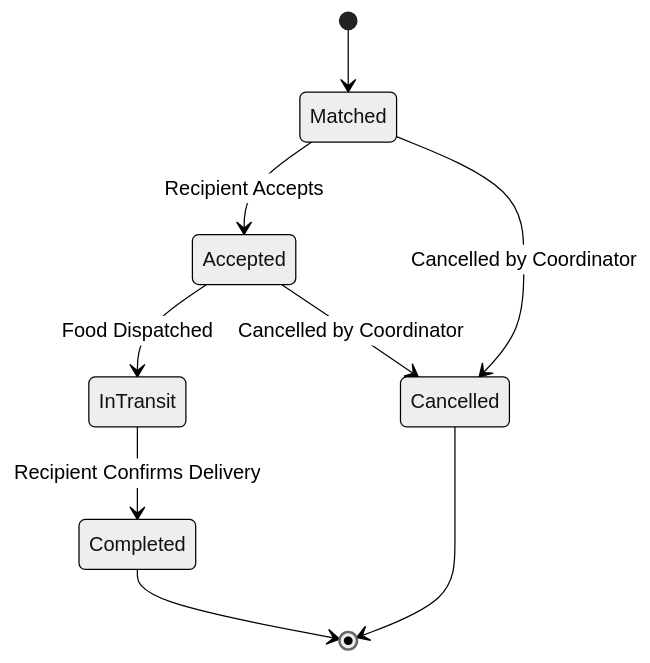
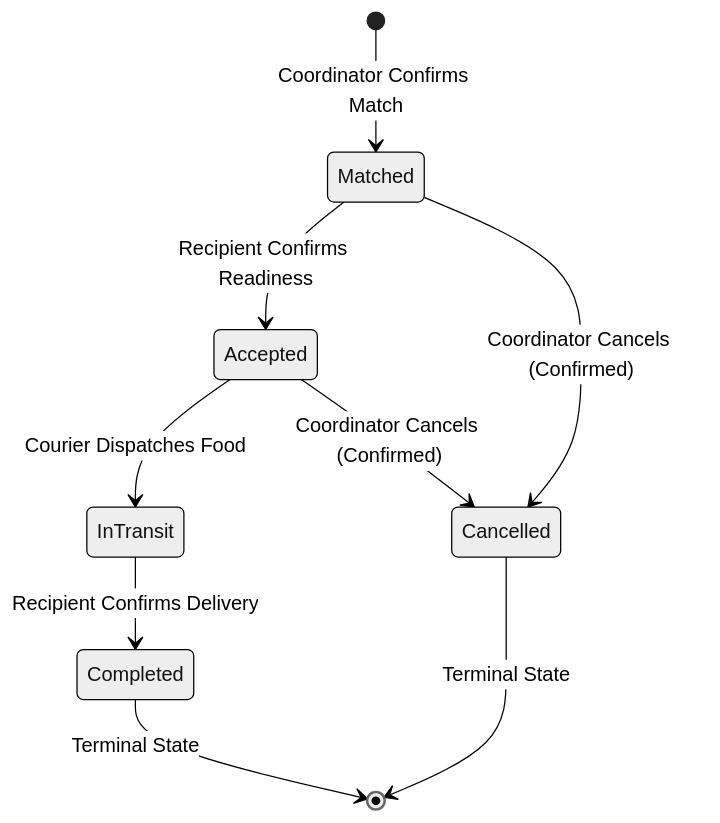
Before and after one commit to TERMINATOR7732/foodbridge-ai: the third of 4 diagrams in docs/FoodBridge_AI_Final_Report.md, drawn with Mermaid (neutral theme). The commit also changed other lines of this file and 5 other files, not shown here.

````diff
--- a/docs/FoodBridge_AI_Final_Report.md
+++ b/docs/FoodBridge_AI_Final_Report.md
@@ -260,11 +262,11 @@
 ```mermaid
 stateDiagram-v2
-    [*] --> Matched
-    Matched --> Accepted: Recipient Accepts
-    Accepted --> InTransit: Food Dispatched
+    [*] --> Matched: Coordinator Confirms Match
+    Matched --> Accepted: Recipient Confirms Readiness
+    Accepted --> InTransit: Courier Dispatches Food
     InTransit --> Completed: Recipient Confirms Delivery
-    Matched --> Cancelled: Cancelled by Coordinator
-    Accepted --> Cancelled: Cancelled by Coordinator
-    Completed --> [*]
-    Cancelled --> [*]
+    Matched --> Cancelled: Coordinator Cancels (Confirmed)
+    Accepted --> Cancelled: Coordinator Cancels (Confirmed)
+    Completed --> [*]: Terminal State
+    Cancelled --> [*]: Terminal State
 ```
````
